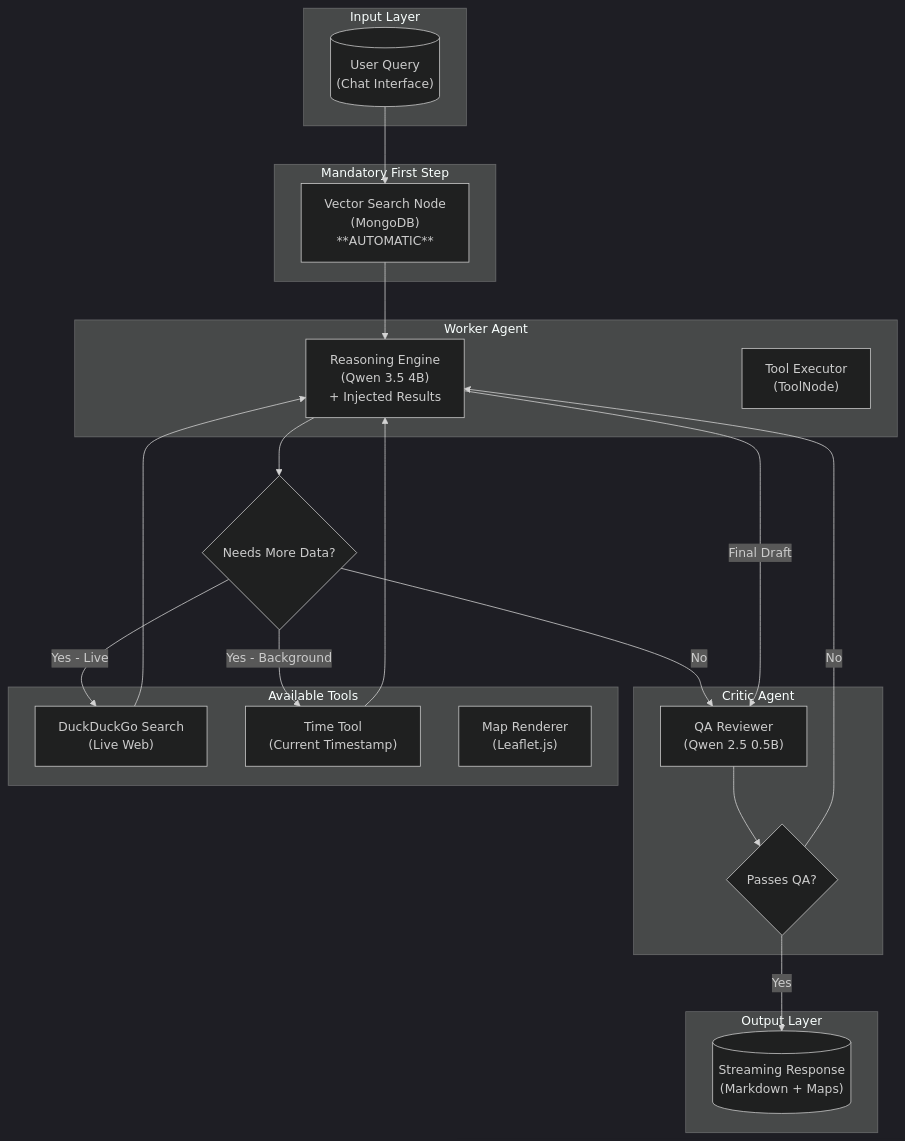
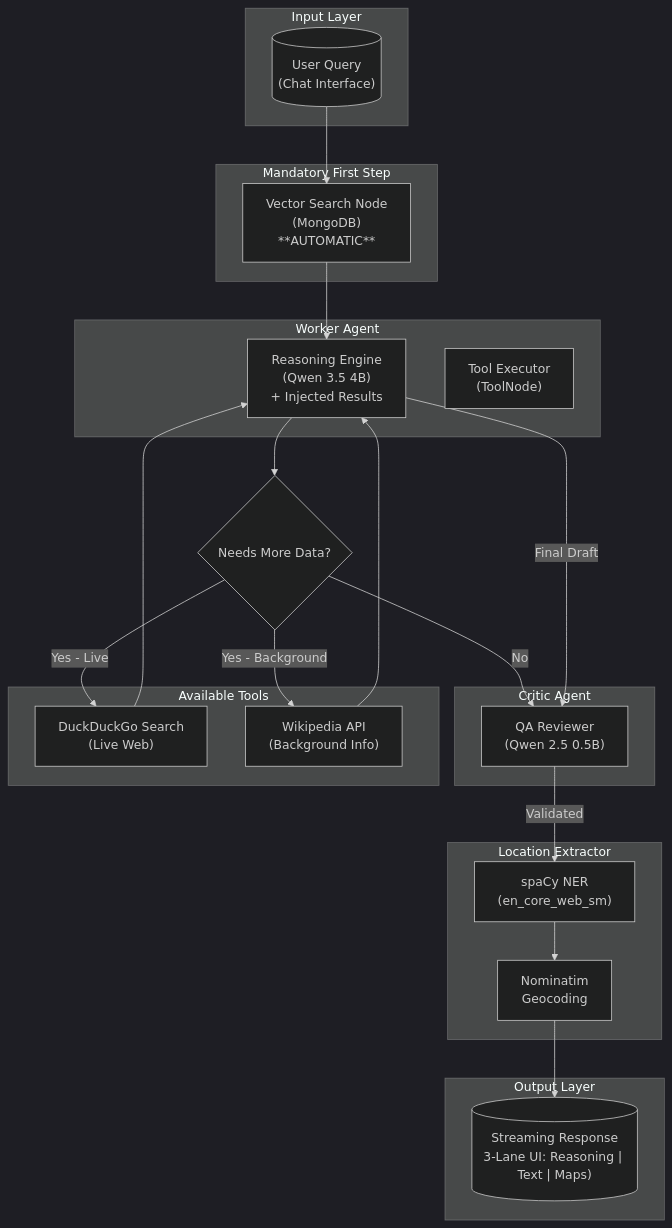
Before and after one commit to fbaierl/geo-vision-lab: the first of 8 diagrams in docs/agent_workflow.md, drawn with Mermaid. The commit also changed other lines of this file and 8 other files, not shown here.

Commit message:
llm based geo extractor

````diff
--- a/docs/agent_workflow.md
+++ b/docs/agent_workflow.md
@@ -41,44 +43,47 @@
 ```mermaid
 %%{init: {'theme': 'dark'}}%%
 graph TB
     subgraph Input["Input Layer"]
         UQ[("User Query<br/>(Chat Interface)")]
     end
 
     subgraph Mandatory["Mandatory First Step"]
         VS["Vector Search Node<br/>(MongoDB)<br/>**AUTOMATIC**"]
     end
 
     subgraph Worker["Worker Agent"]
         REASON["Reasoning Engine<br/>(Qwen 3.5 4B)<br/>+ Injected Results"]
         TOOLS["Tool Executor<br/>(ToolNode)"]
     end
 
     subgraph Critic["Critic Agent"]
         REVIEW["QA Reviewer<br/>(Qwen 2.5 0.5B)"]
-        VALIDATE["Constraint Validator"]
+    end
+
+    subgraph Location["Location Extractor"]
+        NER["spaCy NER<br/>(en_core_web_sm)"]
+        GEO["Nominatim<br/>Geocoding"]
     end
 
     subgraph Tools["Available Tools"]
         DDG["DuckDuckGo Search<br/>(Live Web)"]
-        TIME["Time Tool<br/>(Current Timestamp)"]
-        MAP["Map Renderer<br/>(Leaflet.js)"]
+        WIKI["Wikipedia API<br/>(Background Info)"]
     end
 
     subgraph Output["Output Layer"]
-        RESP[("Streaming Response<br/>(Markdown + Maps)")]
+        RESP[("Streaming Response<br/>3-Lane UI: Reasoning | Text | Maps)")]
     end
 
     UQ --> VS
     VS --> REASON
     REASON --> DECIDE{Needs More Data?}
     DECIDE -->|Yes - Live| DDG
-    DECIDE -->|Yes - Background| TIME
+    DECIDE -->|Yes - Background| WIKI
     DECIDE -->|No| REVIEW
     DDG --> REASON
-    TIME --> REASON
+    WIKI --> REASON
     REASON -->|Final Draft| REVIEW
-    REVIEW --> VALIDATE{Passes QA?}
-    VALIDATE -->|Yes| RESP
-    VALIDATE -->|No| REASON
+    REVIEW -->|Validated| NER
+    NER --> GEO
+    GEO --> RESP
 ```
````
